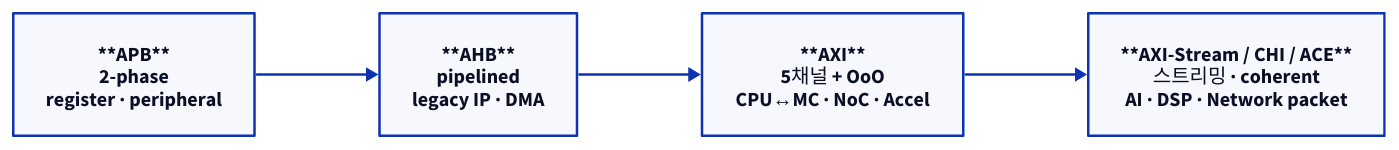
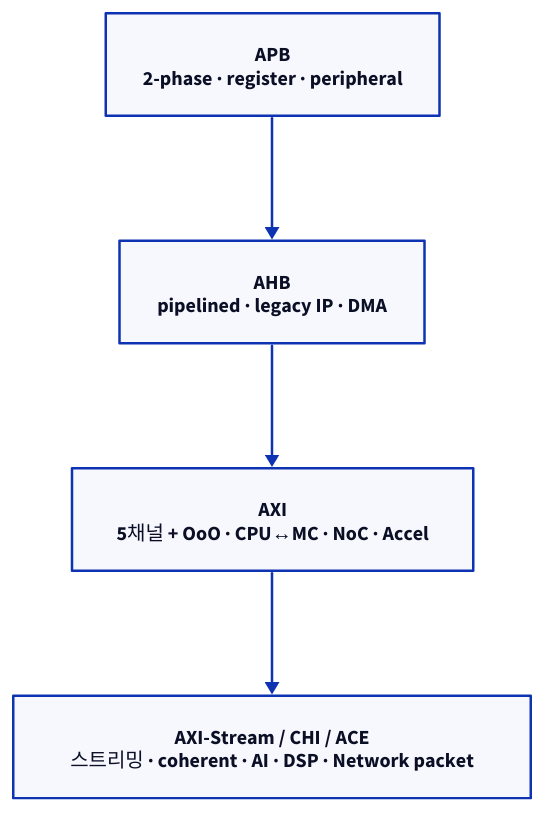
The first of 2 diagrams in topics/amba_protocols/docs/04_quick_reference_card.md (humbleowl39/DV_SKOOL), drawn with D2 before and after one commit. The commit also changed 90 other files, not shown here.

First line of the commit message:
docs: 전 토픽 다이어그램 정비 — ASCII→D2, mermaid→D2, 과대 D2 가시성 수정

````diff
--- a/topics/amba_protocols/docs/04_quick_reference_card.md
+++ b/topics/amba_protocols/docs/04_quick_reference_card.md
@@ -69,11 +69,11 @@
 ```d2
-direction: right
+direction: down
 
-APB: "**APB**\n2-phase\nregister · peripheral"
-AHB: "**AHB**\npipelined\nlegacy IP · DMA"
-AXI: "**AXI**\n5채널 + OoO\nCPU↔MC · NoC · Accel"
-AXIS: "**AXI-Stream / CHI / ACE**\n스트리밍 · coherent\nAI · DSP · Network packet"
+APB: "APB\n2-phase · register · peripheral"
+AHB: "AHB\npipelined · legacy IP · DMA"
+AXI: "AXI\n5채널 + OoO · CPU↔MC · NoC · Accel"
+AXIS: "AXI-Stream / CHI / ACE\n스트리밍 · coherent · AI · DSP · Network packet"
 APB -> AHB
 AHB -> AXI
 AXI -> AXIS
 ```
````
